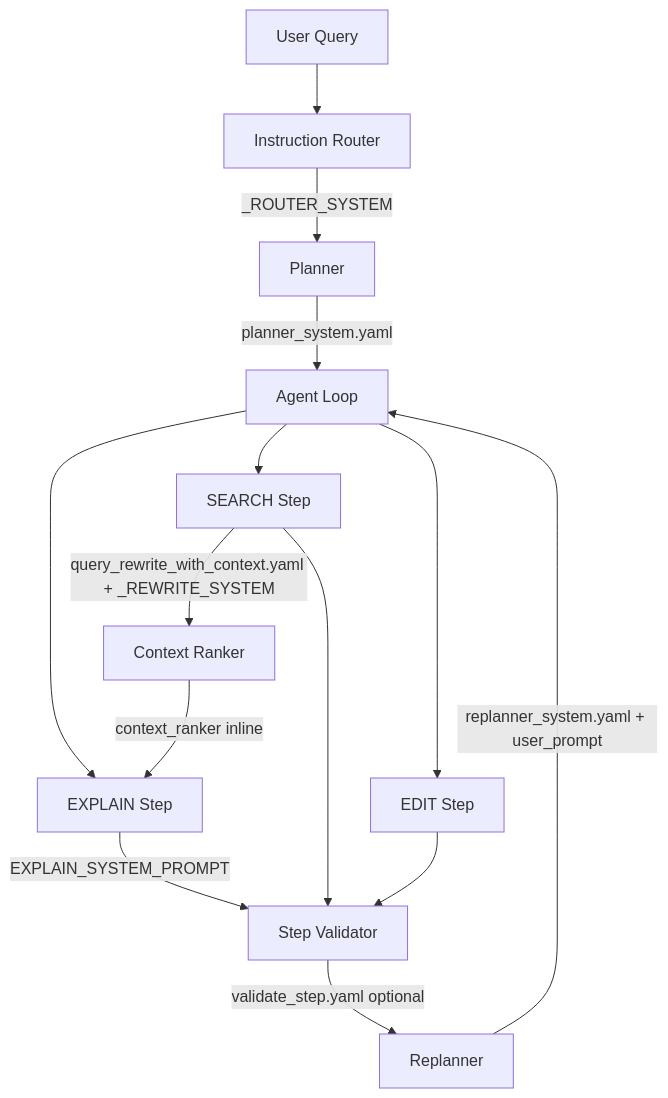
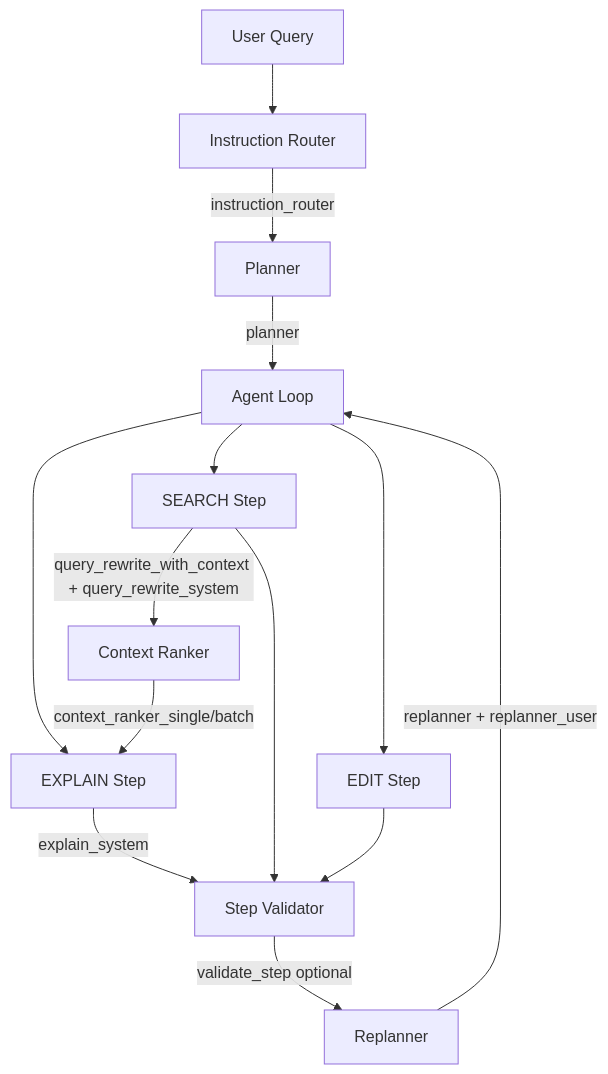
The diagram in Docs/PROMPT_ARCHITECTURE.md (Pugsy-Explores/AutoStudio), drawn with Mermaid before and after one commit. The commit also changed other lines of this file and 70 other files, not shown here.

````diff
--- a/Docs/PROMPT_ARCHITECTURE.md
+++ b/Docs/PROMPT_ARCHITECTURE.md
@@ -58,27 +81,27 @@
 ```mermaid
 flowchart TD
     UserQuery[User Query]
     Router[Instruction Router]
     Planner[Planner]
     AgentLoop[Agent Loop]
     Search[SEARCH Step]
     Explain[EXPLAIN Step]
     Edit[EDIT Step]
     Validator[Step Validator]
     Replanner[Replanner]
     ContextRanker[Context Ranker]
 
     UserQuery --> Router
-    Router -->|"_ROUTER_SYSTEM"| Planner
-    Planner -->|"planner_system.yaml"| AgentLoop
+    Router -->|"instruction_router"| Planner
+    Planner -->|"planner"| AgentLoop
     AgentLoop --> Search
     AgentLoop --> Explain
     AgentLoop --> Edit
-    Search -->|"query_rewrite_with_context.yaml + _REWRITE_SYSTEM"| ContextRanker
-    ContextRanker -->|"context_ranker inline"| Explain
-    Explain -->|"EXPLAIN_SYSTEM_PROMPT"| Validator
+    Search -->|"query_rewrite_with_context + query_rewrite_system"| ContextRanker
+    ContextRanker -->|"context_ranker_single/batch"| Explain
+    Explain -->|"explain_system"| Validator
     Search --> Validator
     Edit --> Validator
-    Validator -->|"validate_step.yaml optional"| Replanner
-    Replanner -->|"replanner_system.yaml + user_prompt"| AgentLoop
+    Validator -->|"validate_step optional"| Replanner
+    Replanner -->|"replanner + replanner_user"| AgentLoop
 ```
````
